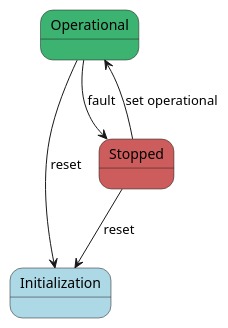
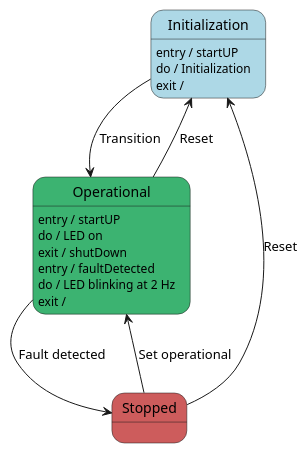
Before and after one commit to pall23-mech/EmbeddedSysGr1: the diagram in DynamicController/docs/diagrams/src/state_part2.puml, drawn with PlantUML. The commit also changed 1 other file, not shown here.

Commit message:
Adding to the uml state diagrams

```diff
--- a/DynamicController/docs/diagrams/src/state_part2.puml
+++ b/DynamicController/docs/diagrams/src/state_part2.puml
@@ -1,17 +1,27 @@
 @startuml State 2
 
 state "Initialization" as I #LightBlue
+I : entry / startUP
+I : do / Initialization
+I : exit / 
 
 state "Operational" as O #MediumSeaGreen
+O : entry / startUP
+O : do / LED on
+O : exit / shutDown
 
 state "Stopped" as S #IndianRed
+O : entry / faultDetected
+O : do / LED blinking at 2 Hz
+O : exit /
 
 
-O --> I :reset
-O --> S :fault
+O --> I : Reset
+O --> S : Fault detected
 
-S --> O :set operational
-S --> I :reset
+I --> O : Transition
 
+S --> O : Set operational
+S --> I : Reset
 
 @enduml
```
